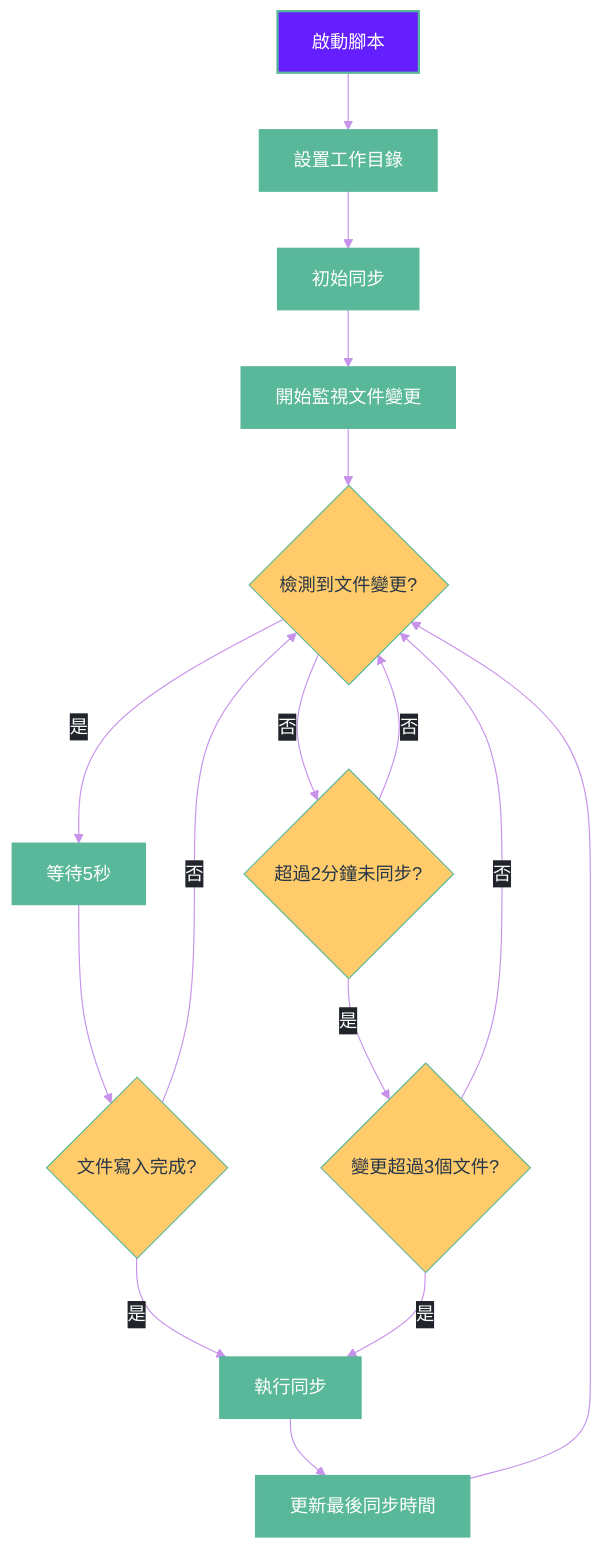
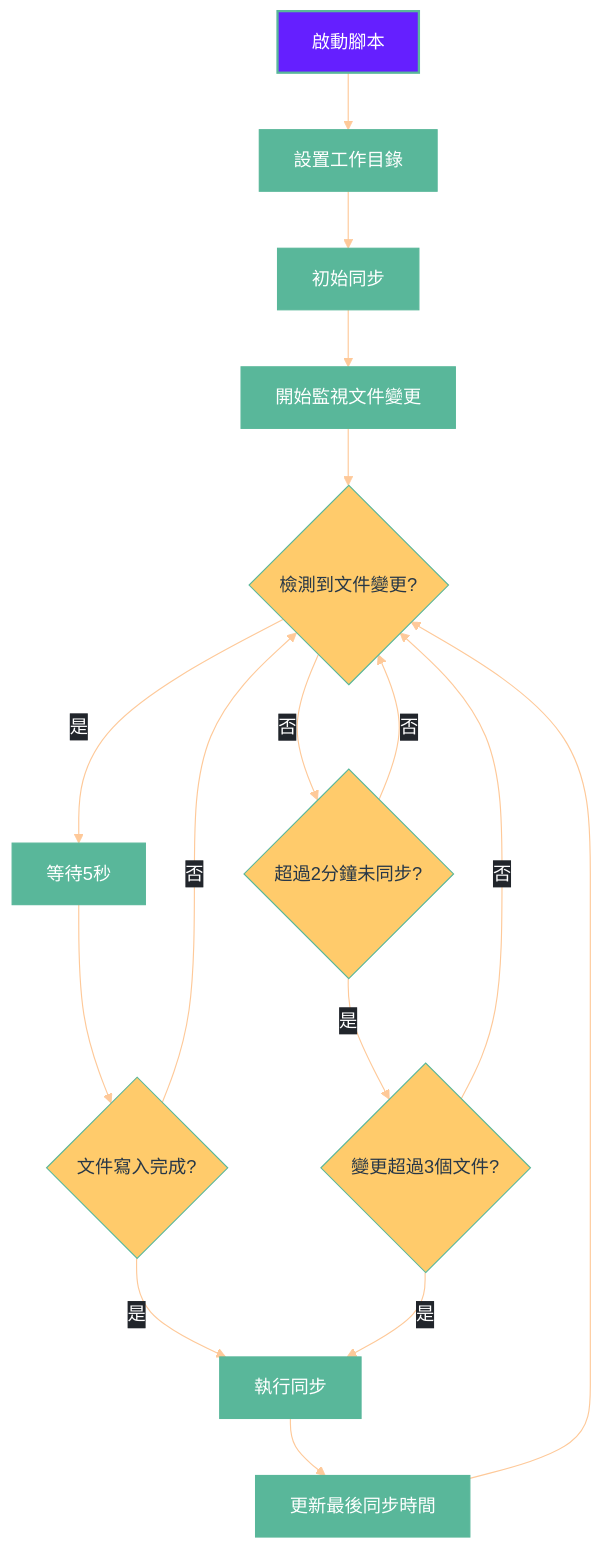
Before and after one commit to GengGeng026/Sync-Logseq: the second of 2 diagrams in Logseq同步方案演進記錄.md, drawn with Mermaid.

Commit message:
Auto saved by Logseq

````diff
--- a/Logseq同步方案演進記錄.md
+++ b/Logseq同步方案演進記錄.md
@@ -375,52 +375,52 @@
 ```mermaid
 %%{init: {
   'theme': 'base', 
   'themeVariables': {
     'primaryColor': '#651FFF',
     'primaryTextColor': '#FFFFFF',
     'primaryBorderColor': '#59B79A',
-    'lineColor': '#C792EA',
+    'lineColor': '#FEC999',
     'secondaryColor': '#FFCB6B',
     'tertiaryColor': '#F07178',
     'background': 'transparent',
     'textColor': '#EEFFFF',
     'mainBkg': '#273747',
     'nodeBorder': '#59B79A',
     'clusterBkg': 'transparent',
     'edgeLabelBackground': '#21252B'
   },
   'flowchart': {
     'curve': 'basis',
     'nodeSpacing': 50,
     'rankSpacing': 50,
     'padding': 15
   }
 }}%%
 flowchart TD
     %% 節點樣式優化
     classDef start fill:#651FFF,stroke:#59B79A,color:#FFFFFF,stroke-width:2px;
     classDef process fill:#59B79A,stroke:#59B79A,color:#FFFFFF,stroke-width:1px;
     classDef condition fill:#FFCB6B,stroke:#59B79A,color:#273747,stroke-width:1px,shape:diamond;
     classDef action fill:#F07178,stroke:#59B79A,color:#FFFFFF,stroke-width:1px;
     
     A[啟動腳本] --> B[設置工作目錄]
     B --> C[初始同步]
     C --> D[開始監視文件變更]
     D --> E{檢測到文件變更?}
     E -->|是| F[等待5秒]
     F --> G{文件寫入完成?}
     G -->|是| H[執行同步]
     G -->|否| E
     E -->|否| I{超過2分鐘未同步?}
     I -->|是| J{變更超過3個文件?}
     J -->|是| H
     J -->|否| E
     I -->|否| E
     H --> K[更新最後同步時間]
     K --> E
     
     %% 應用樣式
     class A start;
     class B,C,D,F,H,K process;
     class E,G,I,J condition;
 ```
````
